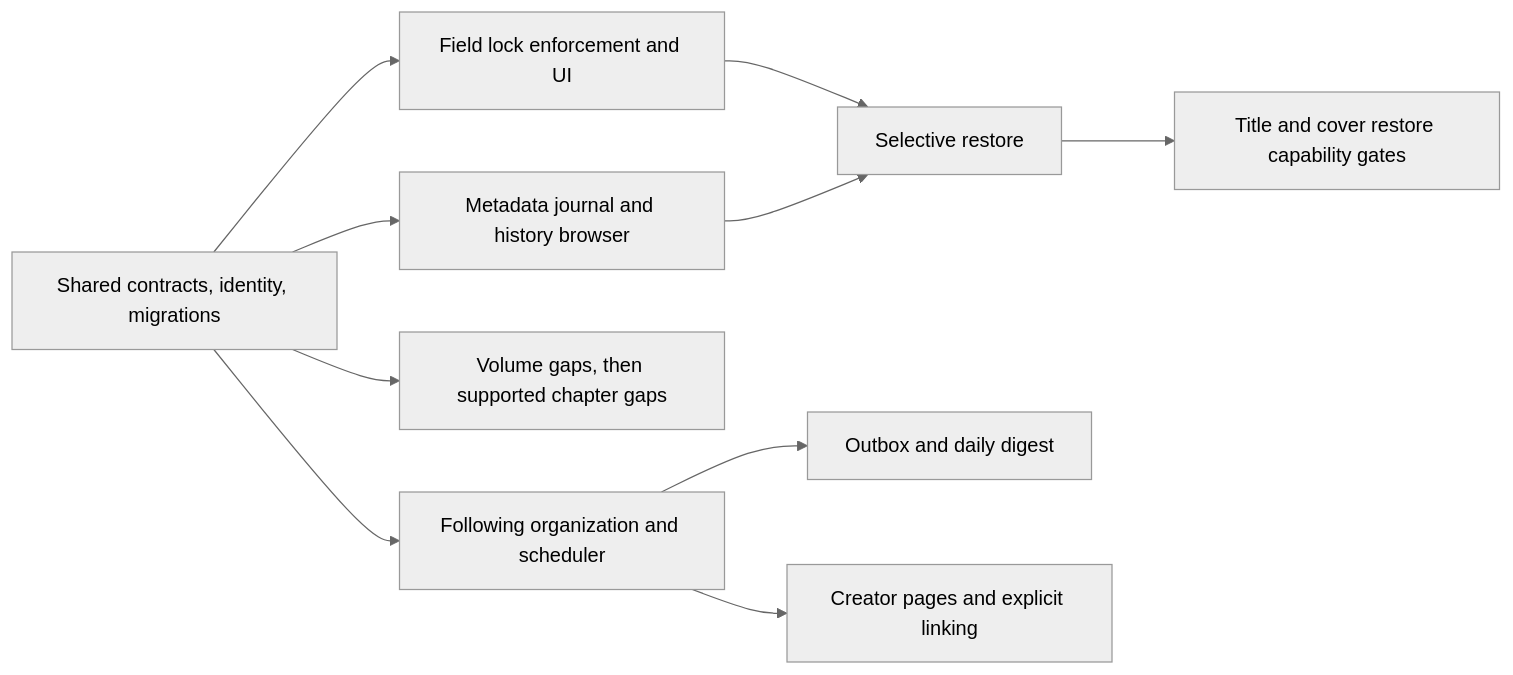
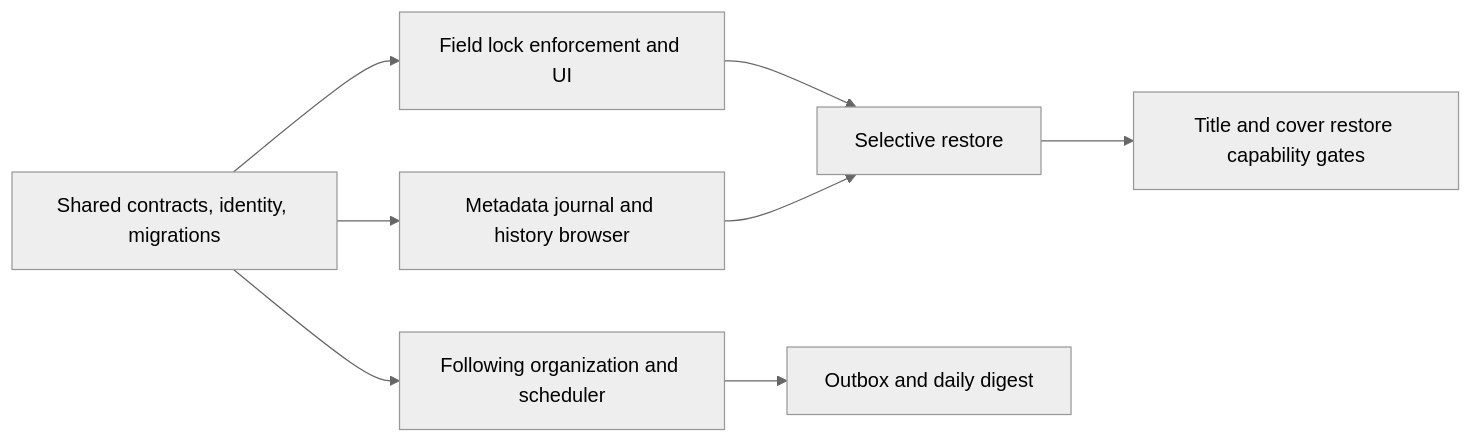
The diagram in docs/feature-implementation-plan.md (hiranaka99/H-Tosho), drawn with Mermaid (neutral theme) before and after one commit. The commit also changed other lines of this file and 93 other files, not shown here.

````diff
--- a/docs/feature-implementation-plan.md
+++ b/docs/feature-implementation-plan.md
@@ -451,12 +325,10 @@
 ```mermaid
 flowchart LR
     A[Shared contracts, identity, migrations] --> B[Field lock enforcement and UI]
     A --> C[Metadata journal and history browser]
     B --> D[Selective restore]
     C --> D
     D --> E[Title and cover restore capability gates]
-    A --> F[Volume gaps, then supported chapter gaps]
     A --> G[Following organization and scheduler]
     G --> H[Outbox and daily digest]
-    G --> I[Creator pages and explicit linking]
 ```
````
